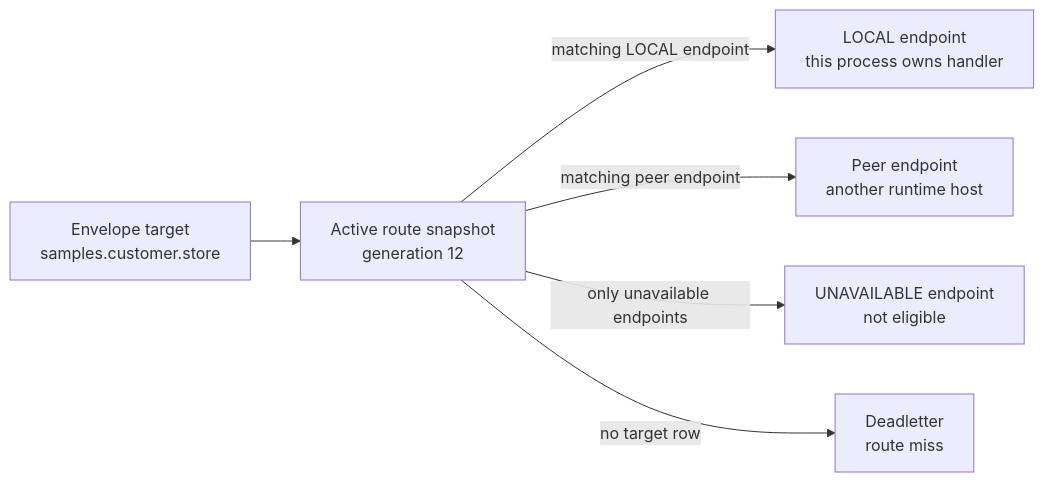
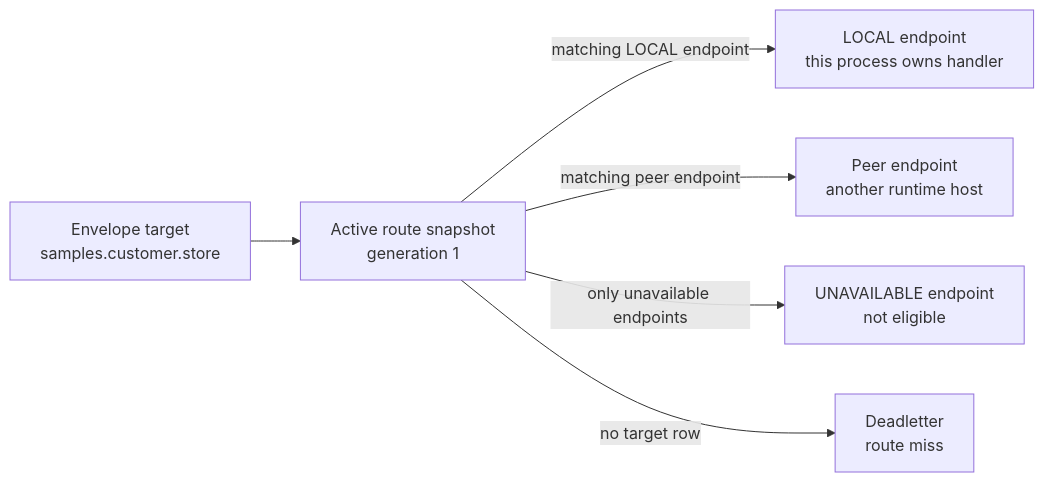
The eighth of 12 diagrams in docs/runtime-message-and-routing-model.md (phuong-tran/coakka-publish), drawn with Mermaid before and after one commit. The commit also changed other lines of this file and 4 other files, not shown here.

````diff
--- a/docs/runtime-message-and-routing-model.md
+++ b/docs/runtime-message-and-routing-model.md
@@ -371,15 +391,15 @@
 ```mermaid
 flowchart LR
     ask[Envelope target<br/>samples.customer.store]
-    snapshot[Active route snapshot<br/>generation 12]
+    snapshot[Active route snapshot<br/>generation 1]
     local[LOCAL endpoint<br/>this process owns handler]
     peer[Peer endpoint<br/>another runtime host]
     unavailable[UNAVAILABLE endpoint<br/>not eligible]
     miss[Deadletter<br/>route miss]
 
     ask --> snapshot
     snapshot -->|matching LOCAL endpoint| local
     snapshot -->|matching peer endpoint| peer
     snapshot -->|only unavailable endpoints| unavailable
     snapshot -->|no target row| miss
 ```
````
